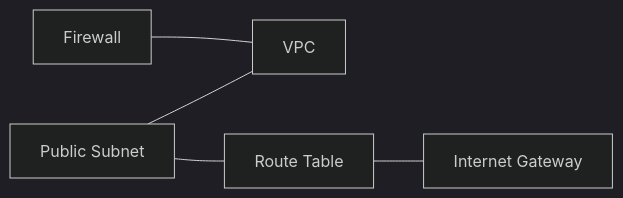
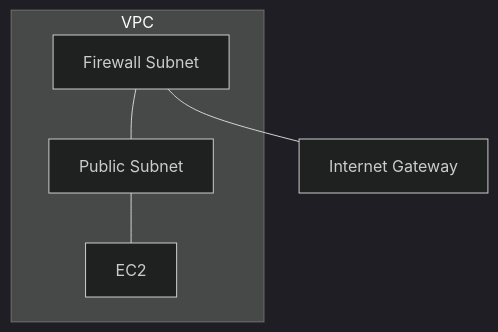
The diagram in terraform/workflow-3/README.md (constanca-m/firehose-vs-esf-vs-agent), drawn with Mermaid (dark theme) before and after one commit. The commit also changed other lines of this file and 31 other files, not shown here.

````diff
--- a/terraform/workflow-3/README.md
+++ b/terraform/workflow-3/README.md
@@ -4,7 +2,9 @@
 ```mermaid
-flowchart LR
-    firewall[Firewall] --- vpc[VPC]
-    subnet[Public Subnet] --- vpc[VPC]
-    route[Route Table] --- internet[Internet Gateway]
-    subnet[Public Subnet] --- route[Route Table]
+flowchart TB
+    subgraph vpc["VPC"]
+        firewall_subnet["Firewall Subnet"] --- public_subnet["Public Subnet"]
+        public_subnet --- ec2["EC2"]
+    end
+    firewall_subnet --- igw["Internet Gateway"]
+
 ```
````
